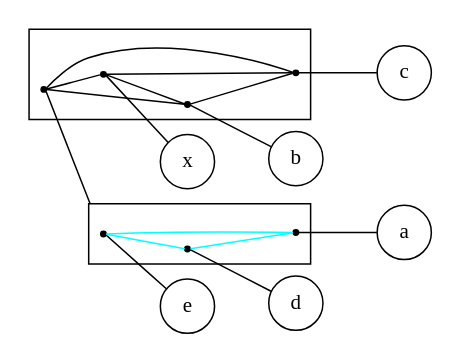
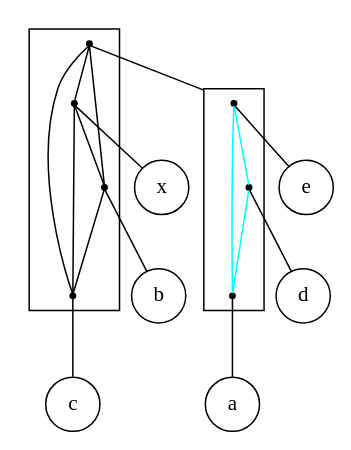
The diagram in src/final/linear_2-structure.dot (lrodrin/TFG), drawn with Graphviz before and after one commit. The commit also changed 7 other files, not shown here.

```diff
--- a/src/final/linear_2-structure.dot
+++ b/src/final/linear_2-structure.dot
@@ -1,37 +1,36 @@
 digraph "linear_2-structure" {
 compound=true;
 fontname=Verdana;
 fontsize=12;
-rankdir=LR;
 node [shape=circle];
+x;
+b;
+c;
+e;
+d;
 a;
-c;
-b;
-x;
-d;
-e;
-subgraph cluster_eda {
+subgraph cluster_bacxed {
 node [shape=point];
-s_e -> s_d  [arrowhead=none, color=cyan];
-s_e -> s_a  [arrowhead=none, color=cyan];
-s_d -> s_a  [arrowhead=none, color=cyan];
+s_ade -> s_x  [color=black, arrowhead=none];
+s_ade -> s_b  [color=black, arrowhead=none];
+s_ade -> s_c  [color=black, arrowhead=none];
+s_x -> s_b  [color=black, arrowhead=none];
+s_x -> s_c  [color=black, arrowhead=none];
+s_b -> s_c  [color=black, arrowhead=none];
 }
 
-subgraph cluster_eabdcx {
+subgraph cluster_ade {
 node [shape=point];
-s_eda -> s_x  [arrowhead=none, color=black];
-s_eda -> s_b  [arrowhead=none, color=black];
-s_eda -> s_c  [arrowhead=none, color=black];
-s_x -> s_b  [arrowhead=none, color=black];
-s_x -> s_c  [arrowhead=none, color=black];
-s_b -> s_c  [arrowhead=none, color=black];
+s_e -> s_d  [color=cyan, arrowhead=none];
+s_e -> s_a  [color=cyan, arrowhead=none];
+s_d -> s_a  [color=cyan, arrowhead=none];
 }
 
+s_ade -> s_e  [lhead=cluster_ade, arrowhead=none];
+s_x -> x  [arrowhead=none];
+s_b -> b  [arrowhead=none];
+s_c -> c  [arrowhead=none];
+s_e -> e  [arrowhead=none];
+s_d -> d  [arrowhead=none];
 s_a -> a  [arrowhead=none];
-s_c -> c  [arrowhead=none];
-s_b -> b  [arrowhead=none];
-s_x -> x  [arrowhead=none];
-s_d -> d  [arrowhead=none];
-s_e -> e  [arrowhead=none];
-s_eda -> s_e  [arrowhead=none, lhead=cluster_eda];
 }
```
